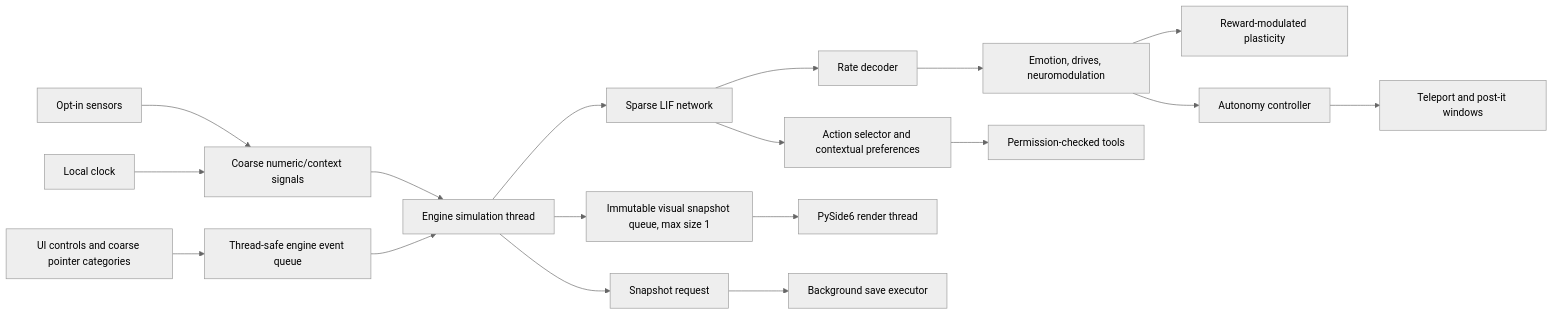
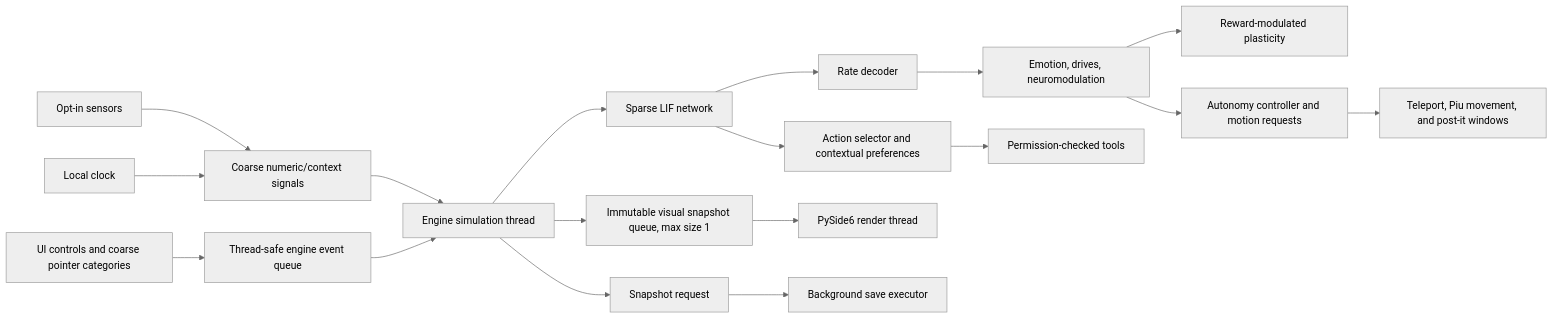
Before and after one commit to Sudo-Marco/synapse-companion: the diagram in docs/ARCHITECTURE.md, drawn with Mermaid (neutral theme). The commit also changed other lines of this file and 13 other files, not shown here.

````diff
--- a/docs/ARCHITECTURE.md
+++ b/docs/ARCHITECTURE.md
@@ -7,20 +7,20 @@
 ```mermaid
 flowchart LR
     U[UI controls and coarse pointer categories] --> EQ[Thread-safe engine event queue]
     S[Opt-in sensors] --> EC[Coarse numeric/context signals]
     C[Local clock] --> EC
     EC --> EN[Engine simulation thread]
     EQ --> EN
     EN --> N[Sparse LIF network]
     N --> D[Rate decoder]
     D --> M[Emotion, drives, neuromodulation]
     M --> L[Reward-modulated plasticity]
     N --> A[Action selector and contextual preferences]
     A --> T[Permission-checked tools]
-    M --> X[Autonomy controller]
-    X --> W[Teleport and post-it windows]
+    M --> X[Autonomy controller and motion requests]
+    X --> W[Teleport, Piu movement, and post-it windows]
     EN --> V[Immutable visual snapshot queue, max size 1]
     V --> UI[PySide6 render thread]
     EN --> SAVE[Snapshot request]
     SAVE --> IO[Background save executor]
 ```
````
